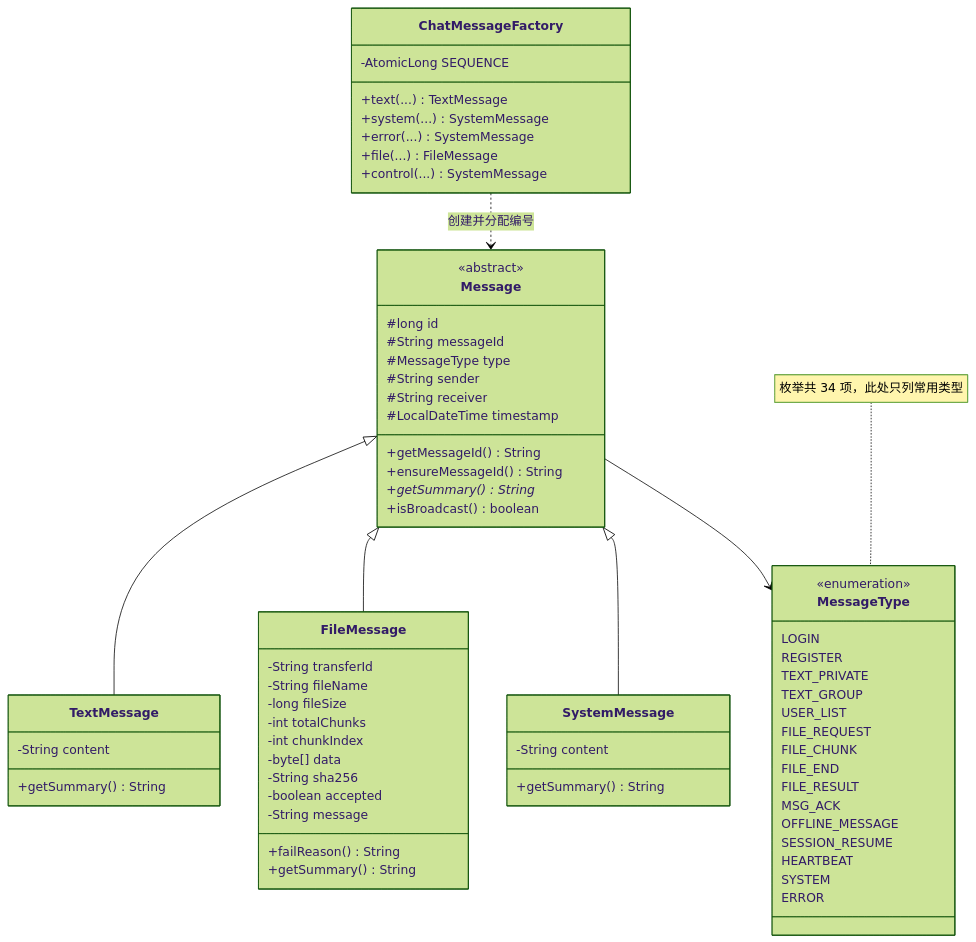
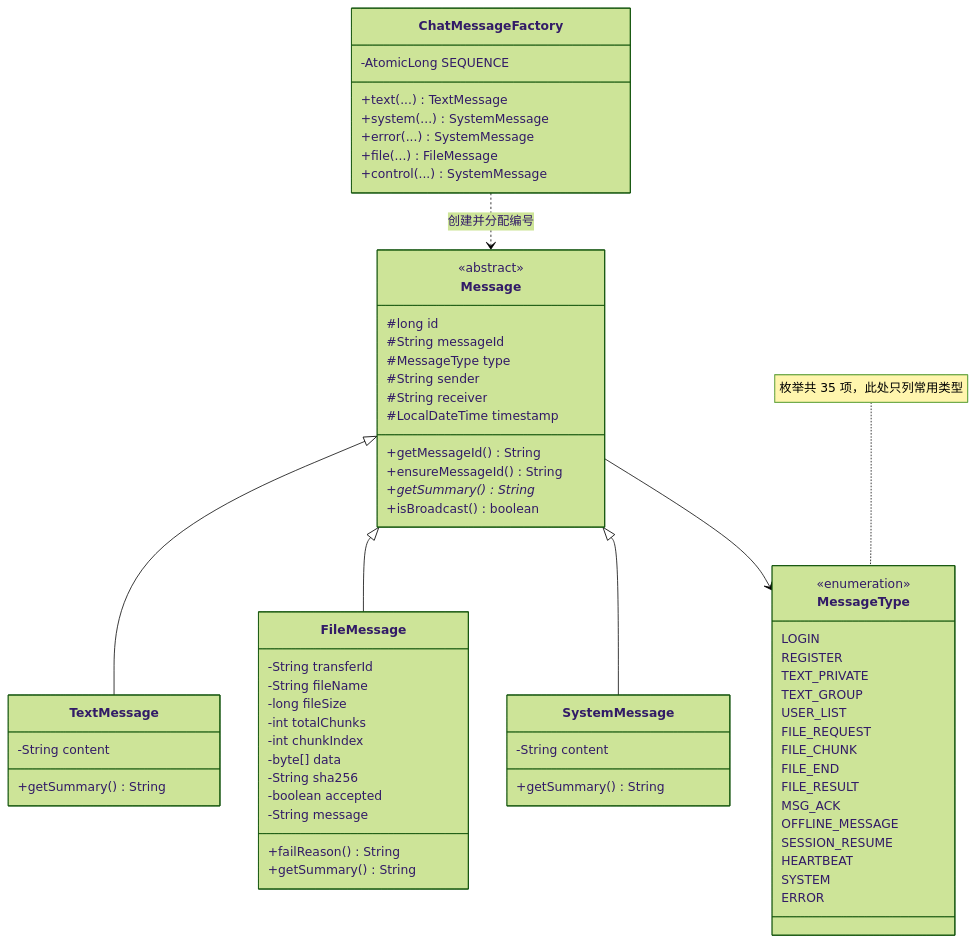
The second of 11 diagrams in docs/design/04-实现说明.md (FeiTwnd/lanchat), drawn with Mermaid (forest theme) before and after one commit. The commit also changed other lines of this file and 17 other files, not shown here.

````diff
--- a/docs/design/04-实现说明.md
+++ b/docs/design/04-实现说明.md
@@ -488,71 +502,71 @@
 ```mermaid
 classDiagram
     class Message {
         <<abstract>>
         <<Serializable>>
         #long id
         #String messageId
         #MessageType type
         #String sender
         #String receiver
         #LocalDateTime timestamp
         +getMessageId() String
         +ensureMessageId() String
         +getSummary()* String
         +isBroadcast() boolean
     }
     class TextMessage {
         -String content
         +getSummary() String
     }
     class FileMessage {
         -String transferId
         -String fileName
         -long fileSize
         -int totalChunks
         -int chunkIndex
         -byte[] data
         -String sha256
         -boolean accepted
         -String message
         +failReason() String
         +getSummary() String
     }
     class SystemMessage {
         -String content
         +getSummary() String
     }
     class MessageType {
         <<enumeration>>
         LOGIN
         REGISTER
         TEXT_PRIVATE
         TEXT_GROUP
         USER_LIST
         FILE_REQUEST
         FILE_CHUNK
         FILE_END
         FILE_RESULT
         MSG_ACK
         OFFLINE_MESSAGE
         SESSION_RESUME
         HEARTBEAT
         SYSTEM
         ERROR
     }
-    note for MessageType "枚举共 34 项，此处只列常用类型"
+    note for MessageType "枚举共 35 项，此处只列常用类型"
     class ChatMessageFactory {
         -AtomicLong SEQUENCE
         +text(...) TextMessage
         +system(...) SystemMessage
         +error(...) SystemMessage
         +file(...) FileMessage
         +control(...) SystemMessage
     }
 
     Message <|-- TextMessage
     Message <|-- FileMessage
     Message <|-- SystemMessage
     Message --> MessageType
     ChatMessageFactory ..> Message : 创建并分配编号
 ```
````
